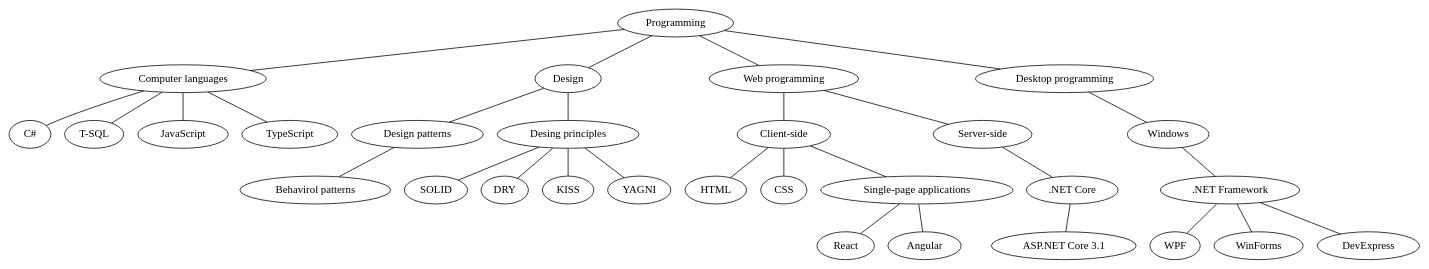
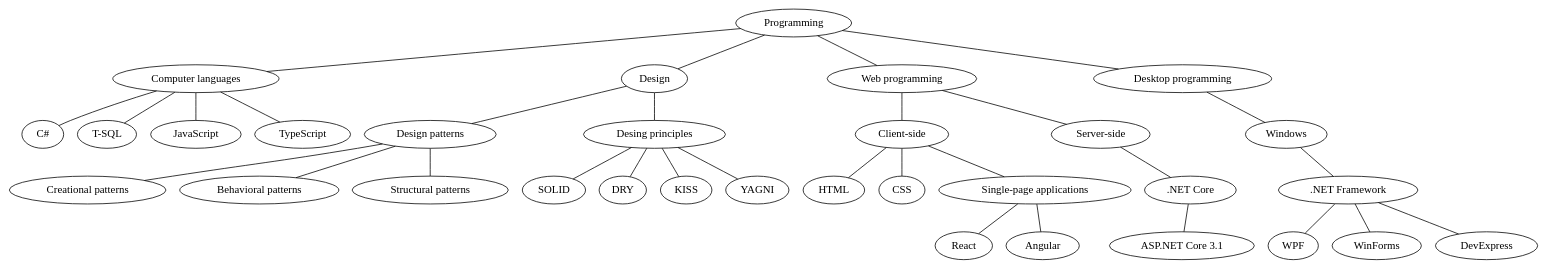
The diagram in tree.dot (mialkin/docs), drawn with Graphviz before and after one commit. The commit also changed 2 other files, not shown here.

```diff
--- a/tree.dot
+++ b/tree.dot
@@ -1,83 +1,87 @@
 graph expertise {
 
     programming[label="Programming"]
     programming -- computer_languages
     programming -- desing
     programming -- web_programming
     programming -- desktop_programming
 
     computer_languages[label="Computer languages"]
     computer_languages -- csharp
     computer_languages -- t_sql
     computer_languages -- javascript
     computer_languages -- typescript
 
     javascript[label="JavaScript"]
     typescript[label="TypeScript"]
 
     desing[label="Design"]
     desing -- desing_patterns
     desing -- desing_principles
 
     desing_patterns[label="Design patterns"]
-    desing_patterns -- behavirol_patterns
+    desing_patterns -- creational_patterns
+    desing_patterns -- behavioral_patterns
+    desing_patterns -- structural_patterns
 
-    behavirol_patterns[label="Behavirol patterns"]
+    creational_patterns[label="Creational patterns"]
+    structural_patterns[label="Structural patterns"]
+    behavioral_patterns[label="Behavioral patterns"]
 
     desing_principles[label="Desing principles"]
     desing_principles -- solid
     desing_principles -- dry
     desing_principles -- kiss
     desing_principles -- yagni
     
     solid[label="SOLID"]
     dry[label="DRY"]
     kiss[label="KISS"]
     yagni[label="YAGNI"]
 
     t_sql[label="T-SQL"]
     csharp[label="C#"]
       
     web_programming[label="Web programming"]
     web_programming -- client_side
     web_programming -- server_side
 
     server_side[label="Server-side"]
     server_side -- dot_net_core
 
     dot_net_core[label = ".NET Core"]
     dot_net_core -- asp_net_core
 
     asp_net_core[label = "ASP.NET Core 3.1"]
 
     client_side[label="Client-side"]
     client_side -- html
     client_side -- css
     client_side -- spa;
 
     spa[label="Single-page applications"]
     spa -- react;
     spa -- angular;
 
     react[label="React"]
     angular[label="Angular"]
 
     html[label="HTML"]
     css[label="CSS"]
 
     desktop_programming[label="Desktop programming"]
     desktop_programming -- desktop_programming_windows
    
     desktop_programming_windows[label="Windows"]
     desktop_programming_windows -- dot_net_framework
     
     dot_net_framework[label = ".NET Framework"]
     dot_net_framework -- wpf
     dot_net_framework -- winforms
     dot_net_framework -- devexpress
 
     wpf[label="WPF"]
     winforms[label="WinForms"]
     devexpress[label="DevExpress"]
     
 }
```
